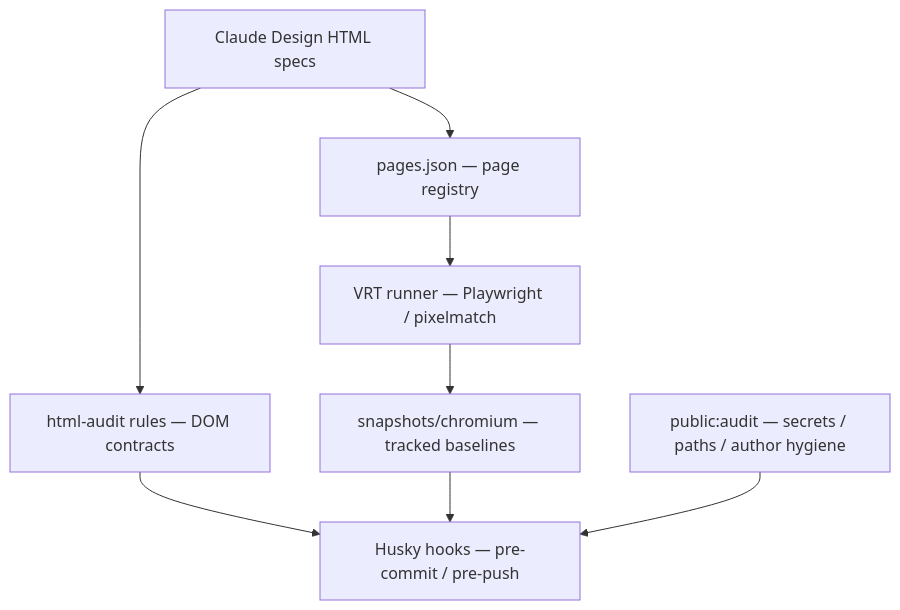
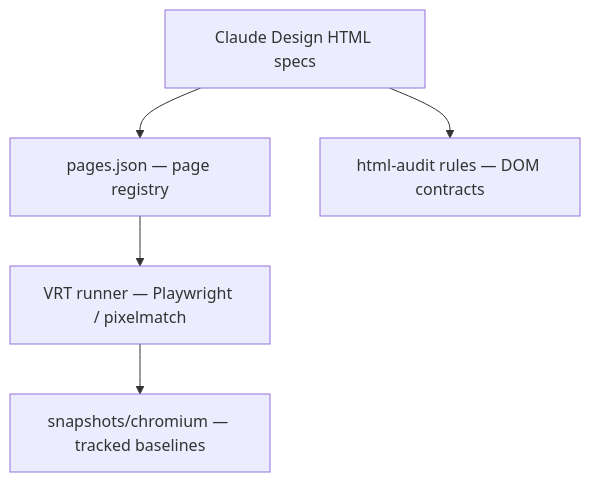
The diagram in README.md (Corvus400/design-blueprint), drawn with Mermaid before and after one commit. The commit also changed other lines of this file and 3 other files, not shown here.

````diff
--- a/README.md
+++ b/README.md
@@ -71,17 +66,12 @@
 ```mermaid
 graph TD
   DESIGN["Claude Design HTML specs"]
   PAGES["pages.json — page registry"]
   AUDIT["html-audit rules — DOM contracts"]
   VRT["VRT runner — Playwright / pixelmatch"]
   SNAP["snapshots/chromium — tracked baselines"]
-  HOOKS["Husky hooks — pre-commit / pre-push"]
-  PUBLIC["public:audit — secrets / paths / author hygiene"]
   DESIGN --> PAGES
   PAGES --> VRT
   DESIGN --> AUDIT
-  AUDIT --> HOOKS
   VRT --> SNAP
-  SNAP --> HOOKS
-  PUBLIC --> HOOKS
 ```
````
